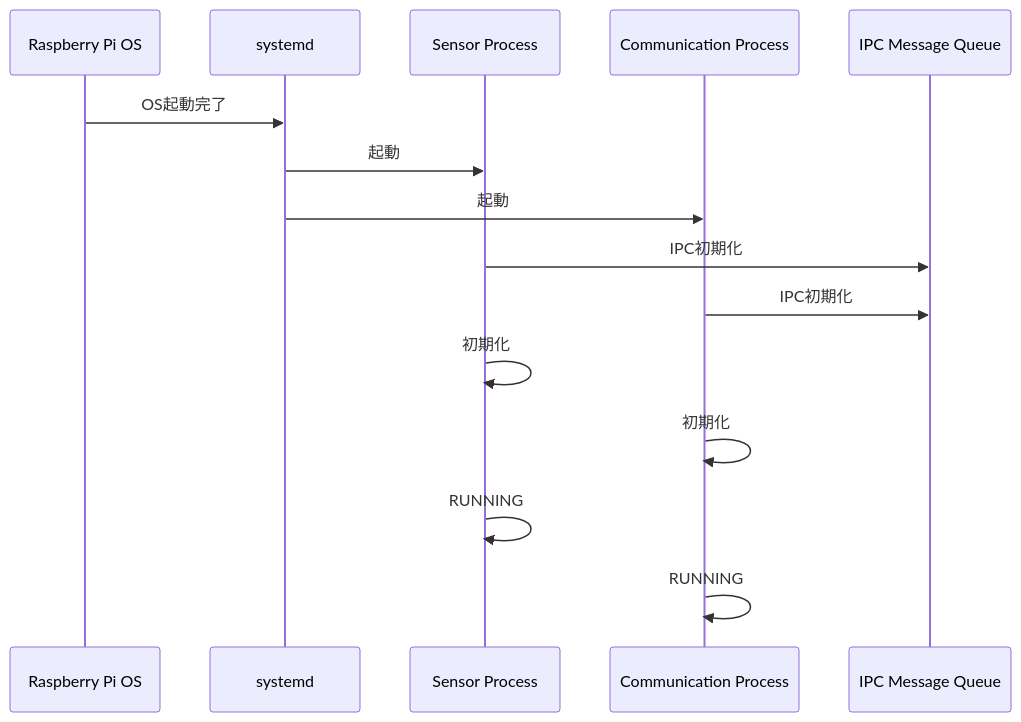
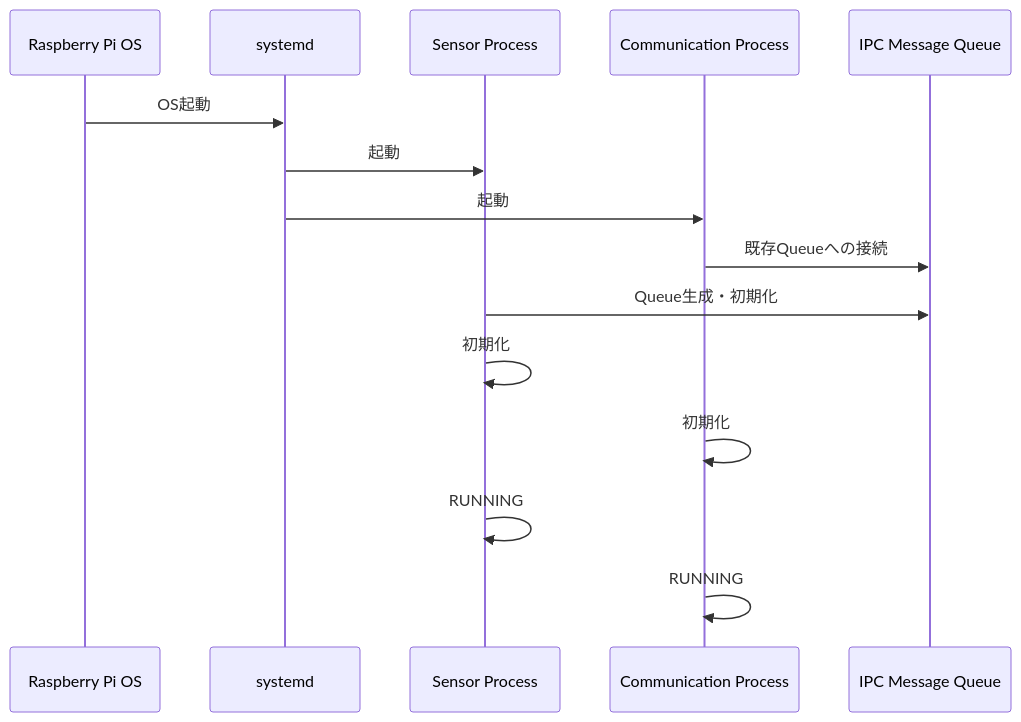
One commit to yujimasuda77777/Raspberry_Pi_4B_Edge_IoT_System changed the second of 15 diagrams in docs/06_system_management_security.md. Above: the diagram before and after it, drawn with Mermaid. The commit also changed other lines of this file and 1 other file, not shown here.

````diff
--- a/docs/06_system_management_security.md
+++ b/docs/06_system_management_security.md
@@ -77,21 +75,21 @@
 ```mermaid
 sequenceDiagram
     participant OS as Raspberry Pi OS
     participant SD as systemd
     participant SP as Sensor Process
     participant CP as Communication Process
     participant IPC as IPC Message Queue
 
-    OS->>SD: OS起動完了
+    OS->>SD: OS起動
     SD->>SP: 起動
     SD->>CP: 起動
 
-    SP->>IPC: IPC初期化
-    CP->>IPC: IPC初期化
+    CP->>IPC: 既存Queueへの接続
+    SP->>IPC: Queue生成・初期化
 
     SP->>SP: 初期化
     CP->>CP: 初期化
 
     SP->>SP: RUNNING
     CP->>CP: RUNNING
 ```
````
